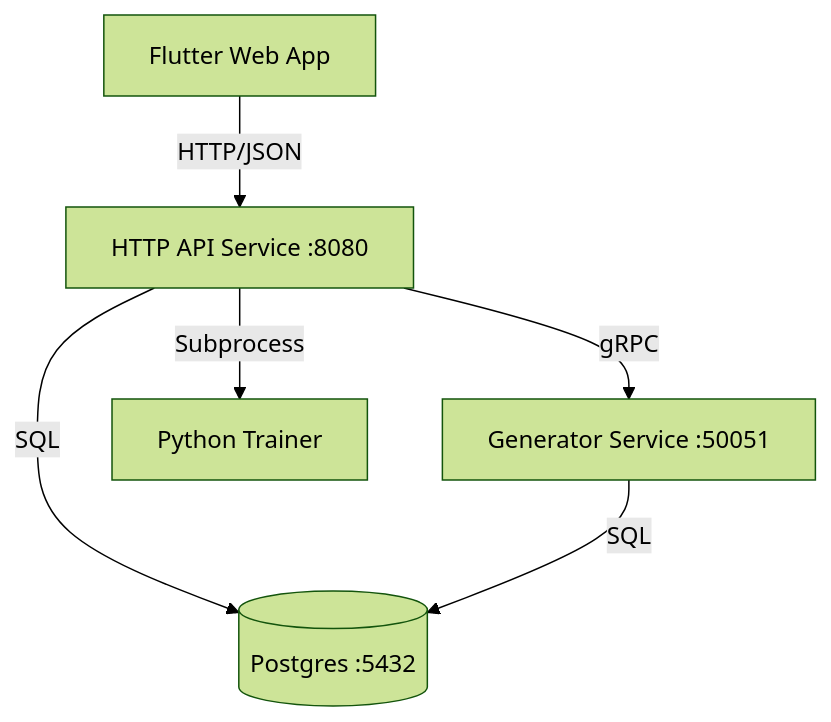
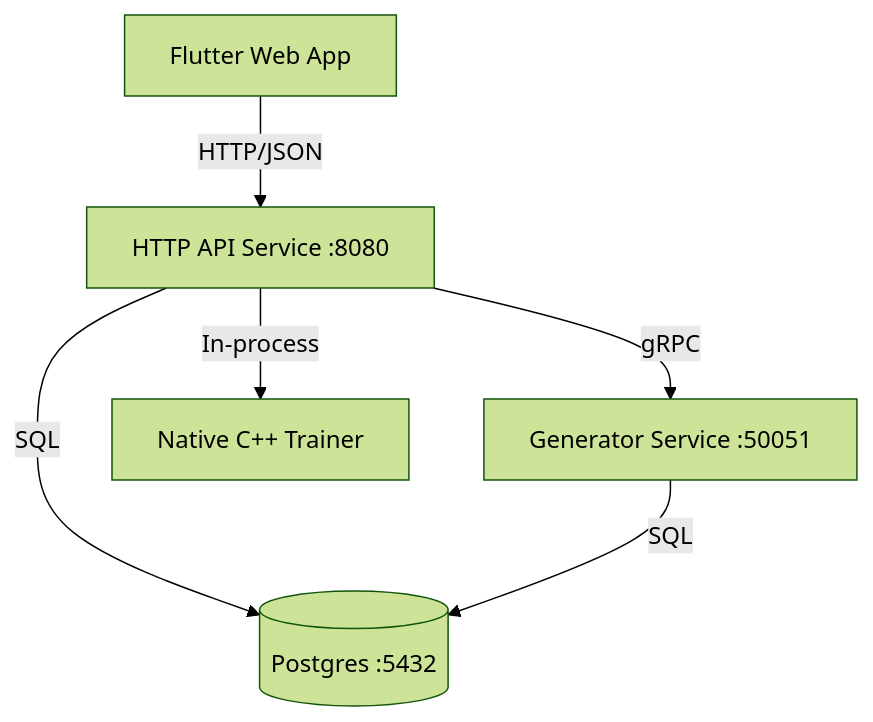
Before and after one commit to jonkmatsumo/telemetry-systems-lab: the diagram in README.md, drawn with Mermaid (forest theme). The commit also changed other lines of this file and 18 other files, not shown here.

Commit message:
feat: upgrade to C++20 and replace Eigen/Python PCA with native C++

````diff
--- a/README.md
+++ b/README.md
@@ -7,8 +7,8 @@
 ```mermaid
 graph TD
     UI[Flutter Web App] -->|HTTP/JSON| API[HTTP API Service :8080]
     API -->|gRPC| GEN[Generator Service :50051]
-    API -->|Subprocess| PY[Python Trainer]
+    API -->|In-process| CPP[Native C++ Trainer]
     API -->|SQL| DB[(Postgres :5432)]
     GEN -->|SQL| DB
 ```
````
